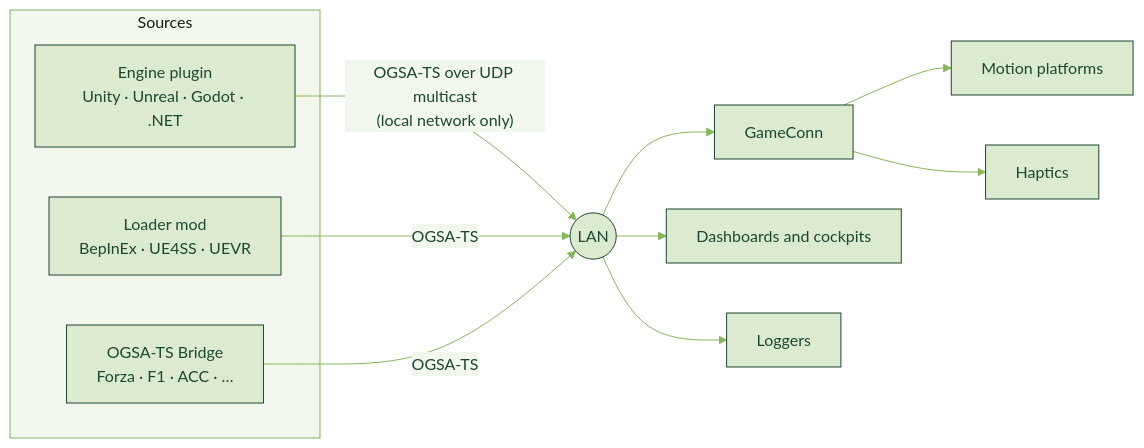
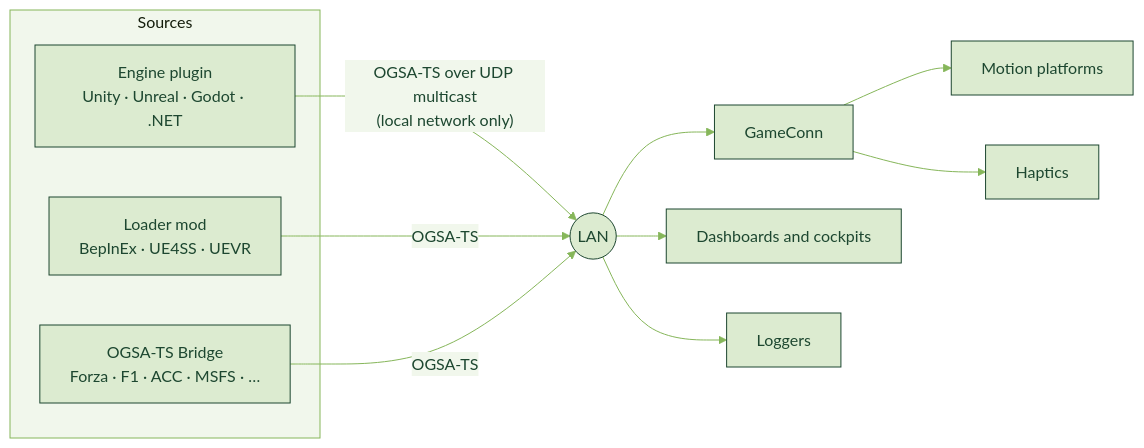
Before and after one commit to Open-Game-Standards-Alliance/.github: the diagram in profile/README.md, drawn with Mermaid. The commit also changed other lines of this file, not shown here.

First line of the commit message:
OGSA-TS Bridge: Microsoft Flight Simulator 2020 and 2024 over SimConnect

````diff
--- a/profile/README.md
+++ b/profile/README.md
@@ -69,17 +69,17 @@
 ```mermaid
 %%{init: {'theme': 'base', 'themeVariables': {'primaryColor': '#dcebd0', 'primaryTextColor': '#1d4730', 'primaryBorderColor': '#1d4730', 'lineColor': '#86b65a', 'clusterBkg': '#f1f7ec', 'clusterBorder': '#86b65a', 'edgeLabelBackground': '#f1f7ec'}}}%%
 flowchart LR
     subgraph sources["Sources"]
         P["Engine plugin<br/>Unity · Unreal · Godot · .NET"]
         M["Loader mod<br/>BepInEx · UE4SS · UEVR"]
-        B["OGSA-TS Bridge<br/>Forza · F1 · ACC · …"]
+        B["OGSA-TS Bridge<br/>Forza · F1 · ACC · MSFS · …"]
     end
     P -- "OGSA-TS over UDP multicast<br/>(local network only)" --> L(("LAN"))
     M -- "OGSA-TS" --> L
     B -- "OGSA-TS" --> L
     L --> C["GameConn"]
     C --> R["Motion platforms"]
     C --> H["Haptics"]
     L --> D["Dashboards and cockpits"]
     L --> G["Loggers"]
 ```
````
